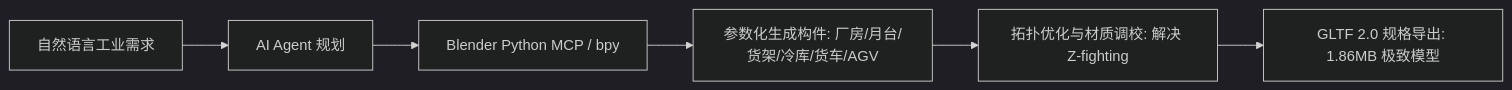
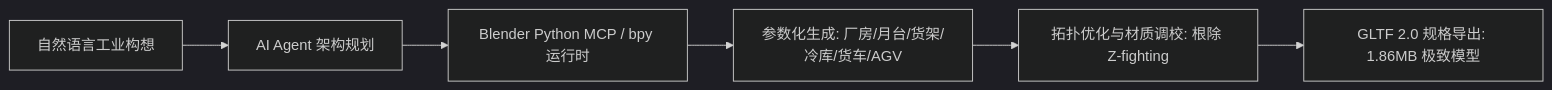
One commit to Xxcool/smart-warehouse changed the diagram in docs/juejin_article.md. Above: the diagram before and after it, drawn with Mermaid (dark theme). The commit also changed other lines of this file, not shown here.

````diff
--- a/docs/juejin_article.md
+++ b/docs/juejin_article.md
@@ -28,8 +28,8 @@
 ```mermaid
 flowchart LR
-    A[自然语言工业需求] --> B[AI Agent 规划]
-    B --> C[Blender Python MCP / bpy]
-    C --> D[参数化生成构件: 厂房/月台/货架/冷库/货车/AGV]
-    D --> E[拓扑优化与材质调校: 解决 Z-fighting]
+    A[自然语言工业构想] --> B[AI Agent 架构规划]
+    B --> C[Blender Python MCP / bpy 运行时]
+    C --> D[参数化生成: 厂房/月台/货架/冷库/货车/AGV]
+    D --> E[拓扑优化与材质调校: 根除 Z-fighting]
     E --> F[GLTF 2.0 规格导出: 1.86MB 极致模型]
 ```
````
